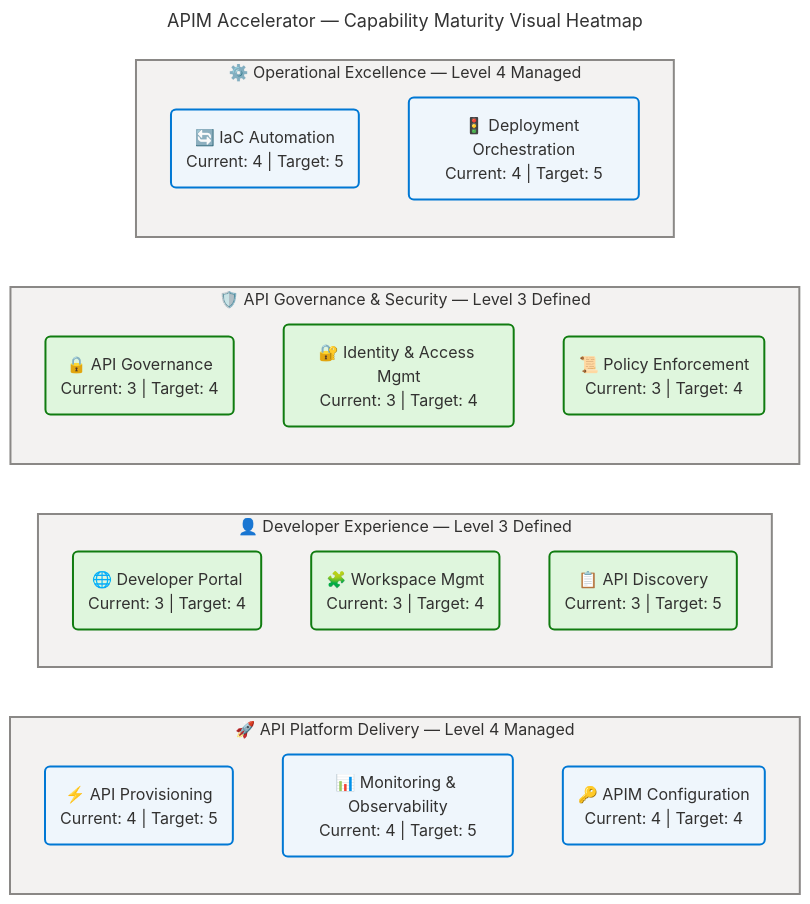
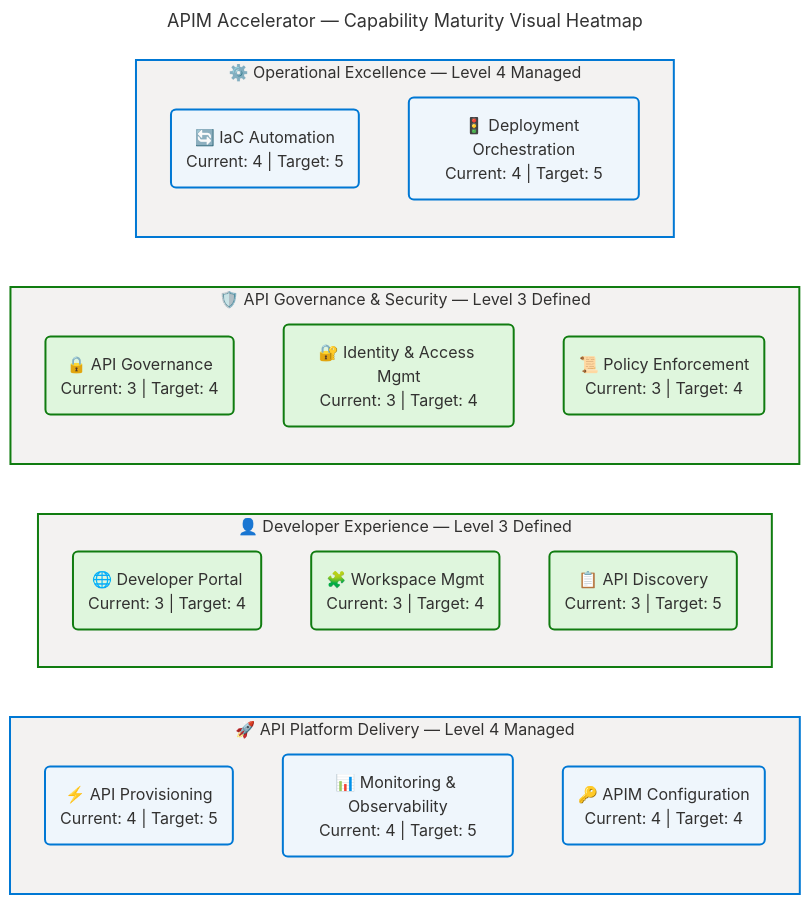
Before and after one commit to Evilazaro/APIM-Accelerator: the fifth of 6 diagrams in docs/architecture/business-architecture.md, drawn with Mermaid. The commit also changed other lines of this file and 3 other files, not shown here.

Commit message:
style: update flowchart colors for consistency and improved clarity across architecture documentation

````diff
--- a/docs/architecture/business-architecture.md
+++ b/docs/architecture/business-architecture.md
@@ -731,58 +731,58 @@
 ```mermaid
 ---
 title: "APIM Accelerator — Capability Maturity Visual Heatmap"
 config:
   theme: base
   look: classic
   layout: dagre
   themeVariables:
     fontSize: '16px'
   flowchart:
     htmlLabels: true
 ---
 flowchart LR
     accTitle: APIM Accelerator Capability Maturity Visual Heatmap
     accDescr: Grouped flowchart showing current maturity level for eleven capabilities across four domains — API Platform Delivery and Operational Excellence at Level 4 Managed, Developer Experience and API Governance at Level 3 Defined
 
     %% ═══════════════════════════════════════════════════════════════════════════
     %% AZURE / FLUENT ARCHITECTURE PATTERN v1.1
     %% (Semantic + Structural + Font + Accessibility Governance)
     %% ═══════════════════════════════════════════════════════════════════════════
     %% PHASE 1 - FLUENT UI: All styling uses approved Fluent UI palette only
     %% PHASE 2 - GROUPS: Every subgraph has semantic color via style directive
     %% PHASE 3 - COMPONENTS: Every node has semantic classDef + icon prefix
     %% PHASE 4 - ACCESSIBILITY: accTitle/accDescr present, WCAG AA contrast
     %% PHASE 5 - STANDARD: Governance block present, classDefs centralized
     %% ═══════════════════════════════════════════════════════════════════════════
 
     subgraph apiPlatform["🚀 API Platform Delivery — Level 4 Managed"]
         c1("⚡ API Provisioning<br>Current: 4 | Target: 5"):::core
         c2("📊 Monitoring & Observability<br>Current: 4 | Target: 5"):::core
         c3("🔑 APIM Configuration<br>Current: 4 | Target: 4"):::core
     end
 
     subgraph devExp["👤 Developer Experience — Level 3 Defined"]
         c4("🌐 Developer Portal<br>Current: 3 | Target: 4"):::success
         c5("🧩 Workspace Mgmt<br>Current: 3 | Target: 4"):::success
         c6("📋 API Discovery<br>Current: 3 | Target: 5"):::success
     end
 
     subgraph governance["🛡️ API Governance & Security — Level 3 Defined"]
         c7("🔒 API Governance<br>Current: 3 | Target: 4"):::success
         c8("🔐 Identity & Access Mgmt<br>Current: 3 | Target: 4"):::success
         c9("📜 Policy Enforcement<br>Current: 3 | Target: 4"):::success
     end
 
     subgraph opEx["⚙️ Operational Excellence — Level 4 Managed"]
         c10("🔄 IaC Automation<br>Current: 4 | Target: 5"):::core
         c11("🚦 Deployment Orchestration<br>Current: 4 | Target: 5"):::core
     end
 
-    style apiPlatform fill:#F3F2F1,stroke:#8A8886,stroke-width:2px,color:#323130
-    style devExp fill:#F3F2F1,stroke:#8A8886,stroke-width:2px,color:#323130
-    style governance fill:#F3F2F1,stroke:#8A8886,stroke-width:2px,color:#323130
-    style opEx fill:#F3F2F1,stroke:#8A8886,stroke-width:2px,color:#323130
+    style apiPlatform fill:#F3F2F1,stroke:#0078D4,stroke-width:2px,color:#323130
+    style devExp fill:#F3F2F1,stroke:#107C10,stroke-width:2px,color:#323130
+    style governance fill:#F3F2F1,stroke:#107C10,stroke-width:2px,color:#323130
+    style opEx fill:#F3F2F1,stroke:#0078D4,stroke-width:2px,color:#323130
 
     classDef core fill:#EFF6FC,stroke:#0078D4,stroke-width:2px,color:#323130
     classDef success fill:#DFF6DD,stroke:#107C10,stroke-width:2px,color:#323130
 ```
````
